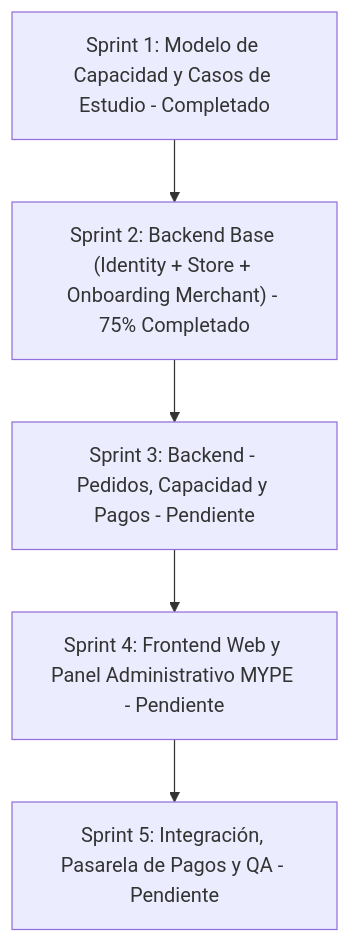
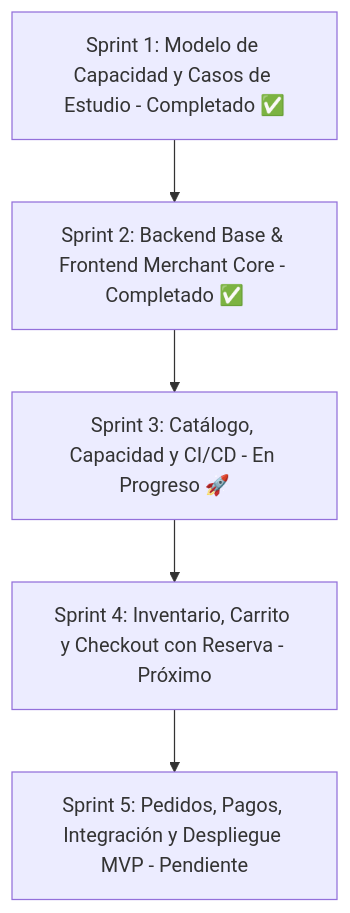
Before and after one commit to iJosueeh/jaldishop: the second of 2 diagrams in docs/index.md, drawn with Mermaid. The commit also changed other lines of this file and 3 other files, not shown here.

Commit message:
docs: actualizar estado de sprint 3, métricas de calidad y tareas completadas de despliegue y branding

````diff
--- a/docs/index.md
+++ b/docs/index.md
@@ -70,10 +73,10 @@
 ```mermaid
 flowchart TD
-    S1["Sprint 1: Modelo de Capacidad y Casos de Estudio - Completado"]
-    S2["Sprint 2: Backend Base (Identity + Store + Onboarding Merchant) - 75% Completado"]
-    S3["Sprint 3: Backend - Pedidos, Capacidad y Pagos - Pendiente"]
-    S4["Sprint 4: Frontend Web y Panel Administrativo MYPE - Pendiente"]
-    S5["Sprint 5: Integración, Pasarela de Pagos y QA - Pendiente"]
+    S1["Sprint 1: Modelo de Capacidad y Casos de Estudio - Completado ✅"]
+    S2["Sprint 2: Backend Base & Frontend Merchant Core - Completado ✅"]
+    S3["Sprint 3: Catálogo, Capacidad y CI/CD - En Progreso 🚀"]
+    S4["Sprint 4: Inventario, Carrito y Checkout con Reserva - Próximo"]
+    S5["Sprint 5: Pedidos, Pagos, Integración y Despliegue MVP - Pendiente"]
 
     S1 --> S2 --> S3 --> S4 --> S5
 ```
````
